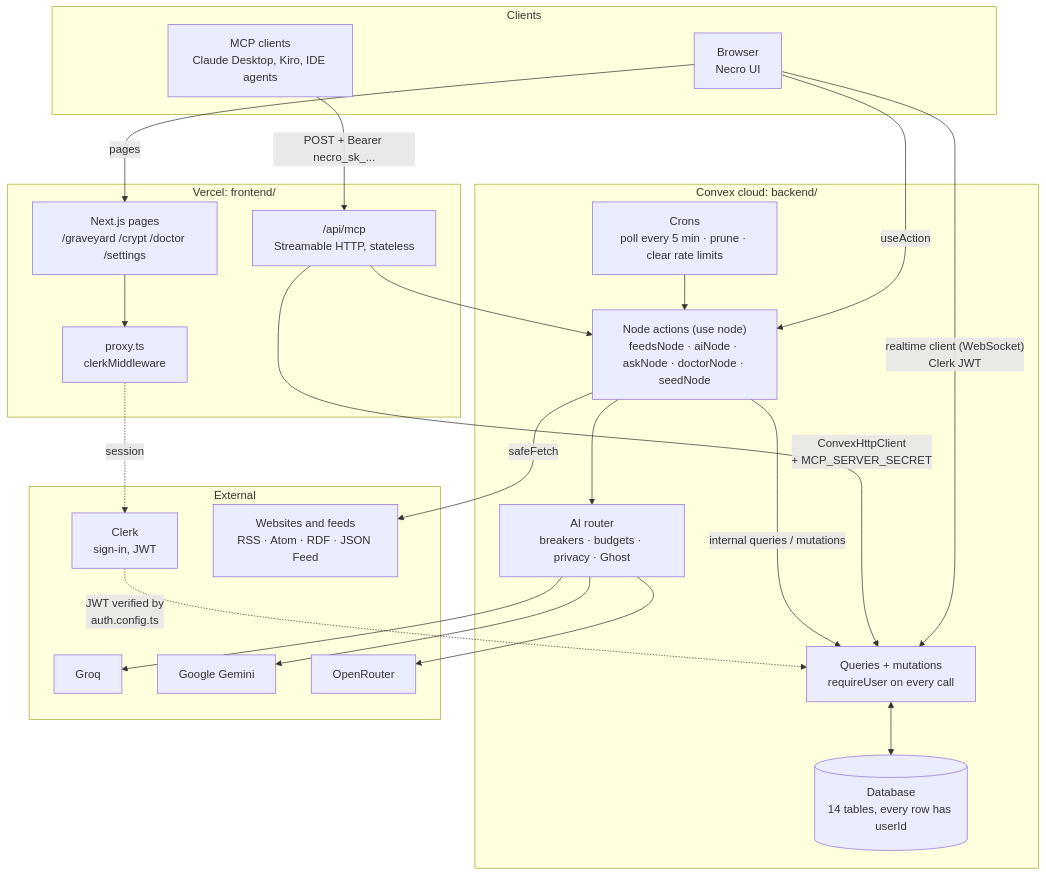
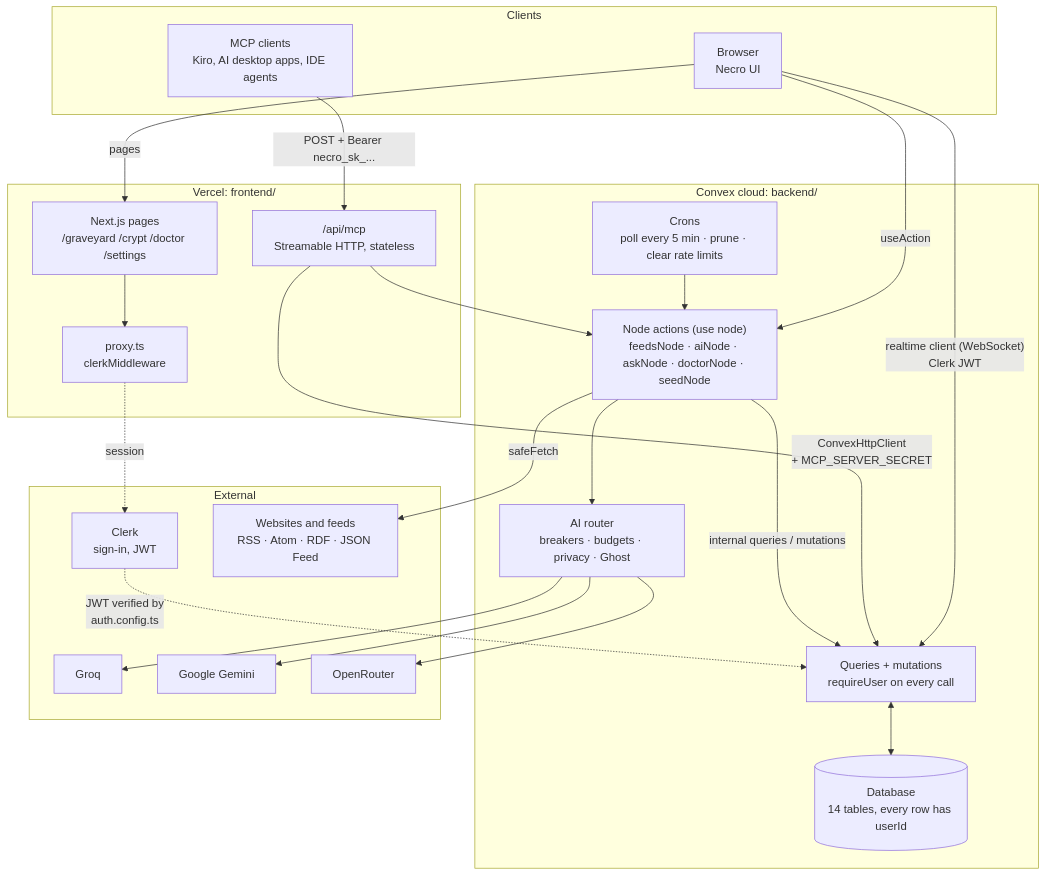
One commit to mawlid1431/Necro_Kiro_ween_Hackathon changed the first of 10 diagrams in README.md. Above: the diagram before and after it, drawn with Mermaid. The commit also changed other lines of this file and 7 other files, not shown here.

````diff
--- a/README.md
+++ b/README.md
@@ -109,45 +109,45 @@
 ```mermaid
 flowchart TB
   subgraph Clients
     B["Browser<br/>Necro UI"]
-    M["MCP clients<br/>Claude Desktop, Kiro, IDE agents"]
+    M["MCP clients<br/>Kiro, AI desktop apps, IDE agents"]
   end
 
   subgraph Vercel["Vercel: frontend/"]
     P["Next.js pages<br/>/graveyard /crypt /doctor /settings"]
     PX["proxy.ts<br/>clerkMiddleware"]
     MR["/api/mcp<br/>Streamable HTTP, stateless"]
   end
 
   subgraph Convex["Convex cloud: backend/"]
     Q["Queries + mutations<br/>requireUser on every call"]
     A["Node actions (use node)<br/>feedsNode · aiNode · askNode · doctorNode · seedNode"]
     CR["Crons<br/>poll every 5 min · prune · clear rate limits"]
     R["AI router<br/>breakers · budgets · privacy · Ghost"]
     DB[("Database<br/>14 tables, every row has userId")]
   end
 
   subgraph External
     CK["Clerk<br/>sign-in, JWT"]
     F["Websites and feeds<br/>RSS · Atom · RDF · JSON Feed"]
     G["Groq"]
     GM["Google Gemini"]
     OR["OpenRouter"]
   end
 
   B -->|"pages"| P
   P --> PX
   PX -.->|session| CK
   B -->|"realtime client (WebSocket)<br/>Clerk JWT"| Q
   B -->|"useAction"| A
   M -->|"POST + Bearer necro_sk_..."| MR
   MR -->|"ConvexHttpClient<br/>+ MCP_SERVER_SECRET"| Q
   MR --> A
   CK -.->|"JWT verified by<br/>auth.config.ts"| Q
   CR --> A
   A -->|"safeFetch"| F
   A --> R
   R --> G & GM & OR
   Q <--> DB
   A -->|"internal queries / mutations"| Q
 ```
````
